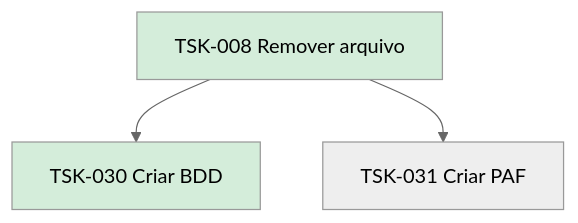
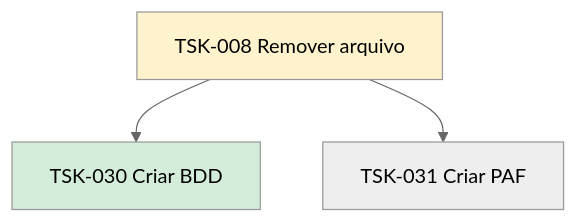
One commit to laerciogermano/workstation changed the diagram in flow/tasks/TSK-001-criar-epico/TSK-002-criar-as-historias/TSK-003-explorar/TSK-008-remover-arquivo/README.md. Above: the diagram before and after it, drawn with Mermaid (neutral theme). The commit also changed other lines of this file and 53 other files, not shown here.

````diff
--- a/flow/tasks/TSK-001-criar-epico/TSK-002-criar-as-historias/TSK-003-explorar/TSK-008-remover-arquivo/README.md
+++ b/flow/tasks/TSK-001-criar-epico/TSK-002-criar-as-historias/TSK-003-explorar/TSK-008-remover-arquivo/README.md
@@ -12,10 +12,10 @@
 ```mermaid
 flowchart TD
   T008[TSK-008 Remover arquivo]
   T030[TSK-030 Criar BDD]
   T031[TSK-031 Criar PAF]
   T008 --> T030
   T008 --> T031
-  style T008 fill:#d4edda
+  style T008 fill:#fff3cd
   style T030 fill:#d4edda
 ```
````
